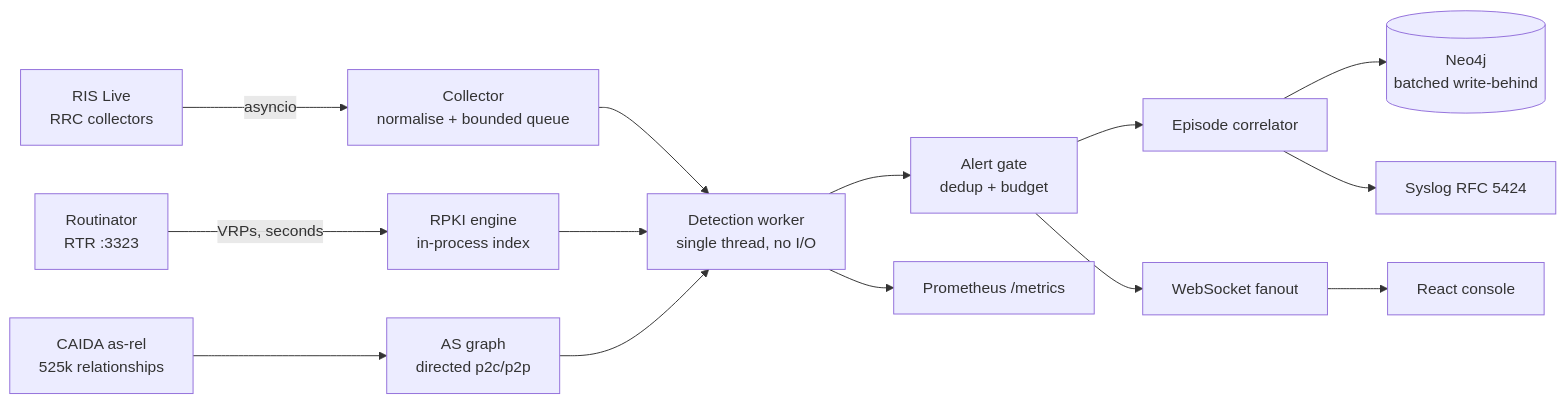
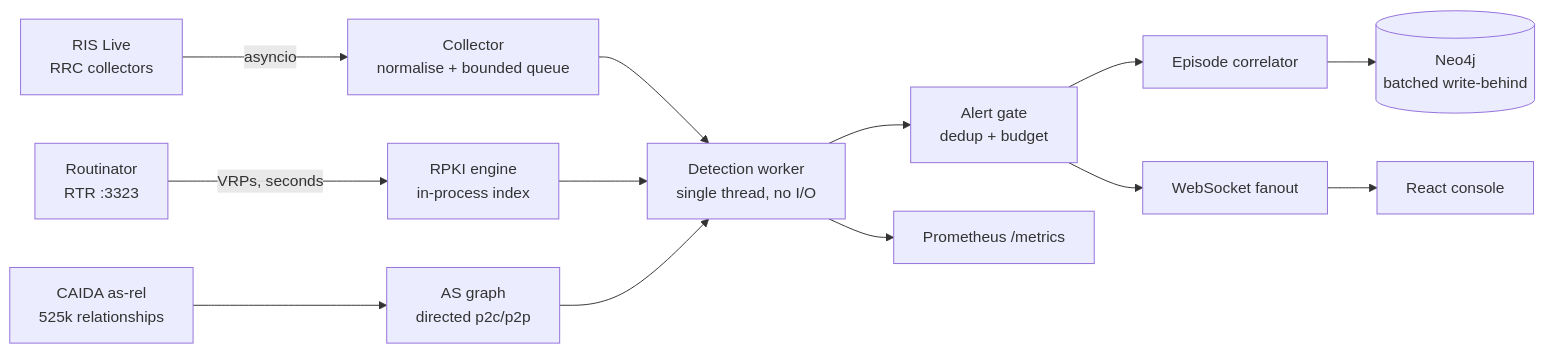
The diagram in README.md (bamit99/BGP_Monitor), drawn with Mermaid before and after one commit. The commit also changed other lines of this file and 1 other file, not shown here.

````diff
--- a/README.md
+++ b/README.md
@@ -116,16 +105,15 @@
 ```mermaid
 flowchart LR
   RIS[RIS Live<br/>RRC collectors] -->|asyncio| C[Collector<br/>normalise + bounded queue]
   C --> W[Detection worker<br/>single thread, no I/O]
   R[Routinator<br/>RTR :3323] -->|VRPs, seconds| RPKI[RPKI engine<br/>in-process index]
   CAIDA[CAIDA as-rel<br/>525k relationships] --> G[AS graph<br/>directed p2c/p2p]
   RPKI --> W
   G --> W
   W --> Gate[Alert gate<br/>dedup + budget]
   Gate --> E[Episode correlator]
   E --> N[(Neo4j<br/>batched write-behind)]
-  E --> SIEM[Syslog RFC 5424]
   Gate --> WS[WebSocket fanout]
   WS --> UI[React console]
   W --> M[Prometheus /metrics]
 ```
````
